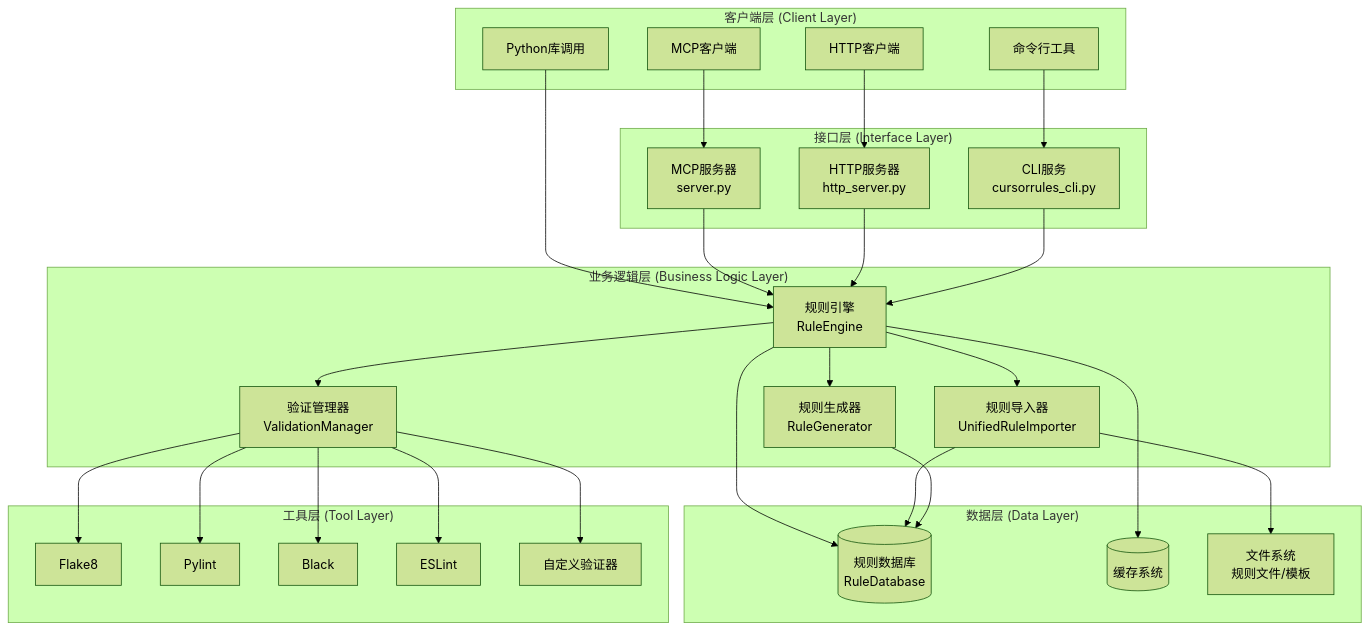
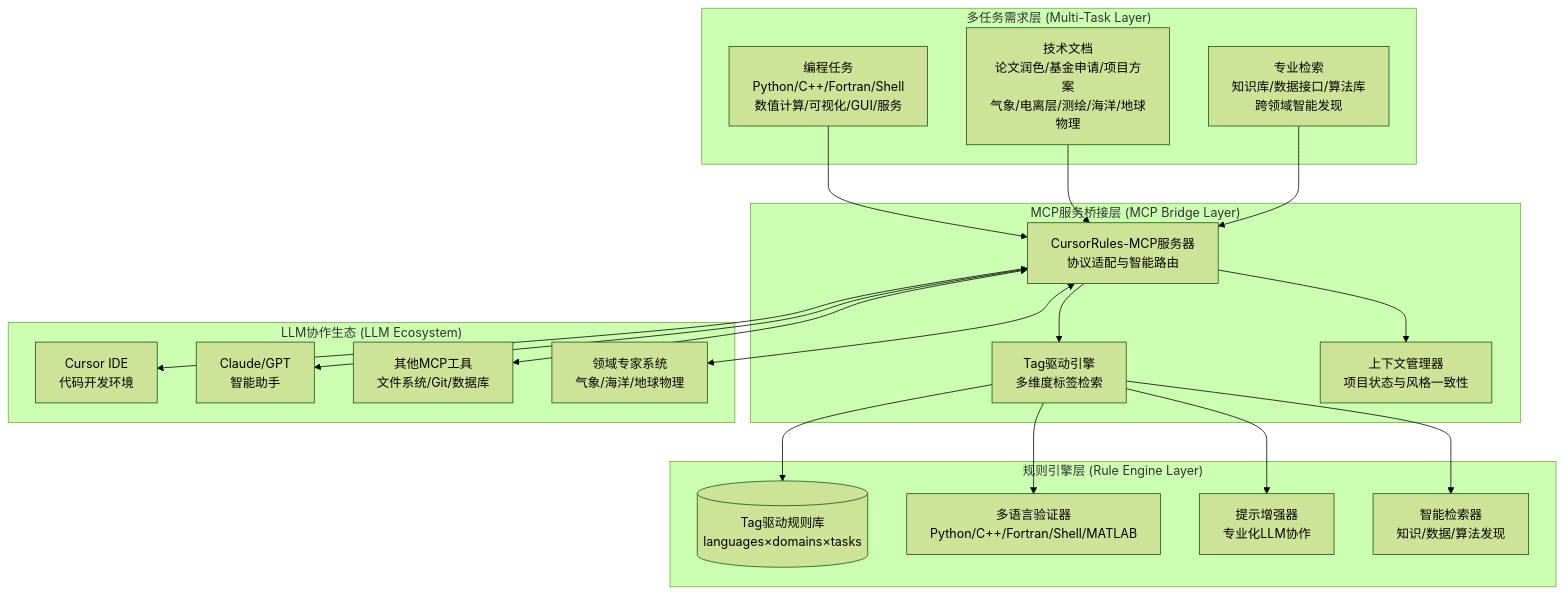
One commit to Mapoet/cursorrules-mcp changed the first of 12 diagrams in docs/techs.md. Above: the diagram before and after it, drawn with Mermaid (forest theme). The commit also changed other lines of this file and 8 other files, not shown here.

````diff
--- a/docs/techs.md
+++ b/docs/techs.md
@@ -29,61 +39,45 @@
 ```mermaid
 graph TB
-    subgraph "客户端层 (Client Layer)"
-        MCP[MCP客户端]
-        HTTP[HTTP客户端]
-        CLI[命令行工具]
-        PY[Python库调用]
+    subgraph "多任务需求层 (Multi-Task Layer)"
+        PROG[编程任务<br/>Python/C++/Fortran/Shell<br/>数值计算/可视化/GUI/服务]
+        DOC[技术文档<br/>论文润色/基金申请/项目方案<br/>气象/电离层/测绘/海洋/地球物理]
+        SEARCH[专业检索<br/>知识库/数据接口/算法库<br/>跨领域智能发现]
     end
     
-    subgraph "接口层 (Interface Layer)"
-        MCPS[MCP服务器<br/>server.py]
-        HTTPS[HTTP服务器<br/>http_server.py]
-        CLIS[CLI服务<br/>cursorrules_cli.py]
+    subgraph "MCP服务桥接层 (MCP Bridge Layer)"
+        MCP_SERVER[CursorRules-MCP服务器<br/>协议适配与智能路由]
+        TAG_ENGINE[Tag驱动引擎<br/>多维度标签检索]
+        CONTEXT_MANAGER[上下文管理器<br/>项目状态与风格一致性]
     end
     
-    subgraph "业务逻辑层 (Business Logic Layer)"
-        ENGINE[规则引擎<br/>RuleEngine]
-        VALIDATOR[验证管理器<br/>ValidationManager]
-        IMPORTER[规则导入器<br/>UnifiedRuleImporter]
-        GENERATOR[规则生成器<br/>RuleGenerator]
+    subgraph "规则引擎层 (Rule Engine Layer)"
+        RULE_DB[(Tag驱动规则库<br/>languages×domains×tasks)]
+        VALIDATOR[多语言验证器<br/>Python/C++/Fortran/Shell/MATLAB]
+        ENHANCER[提示增强器<br/>专业化LLM协作]
+        RETRIEVER[智能检索器<br/>知识/数据/算法发现]
     end
     
-    subgraph "数据层 (Data Layer)"
-        DB[(规则数据库<br/>RuleDatabase)]
-        CACHE[(缓存系统)]
-        FILES[文件系统<br/>规则文件/模板]
+    subgraph "LLM协作生态 (LLM Ecosystem)"
+        CURSOR[Cursor IDE<br/>代码开发环境]
+        CLAUDE[Claude/GPT<br/>智能助手]
+        MCP_TOOLS[其他MCP工具<br/>文件系统/Git/数据库]
+        DOMAIN_EXPERTS[领域专家系统<br/>气象/海洋/地球物理]
     end
     
-    subgraph "工具层 (Tool Layer)"
-        FLAKE8[Flake8]
-        PYLINT[Pylint]
-        BLACK[Black]
-        ESLINT[ESLint]
-        CUSTOM[自定义验证器]
-    end
+    PROG --> MCP_SERVER
+    DOC --> MCP_SERVER
+    SEARCH --> MCP_SERVER
     
-    MCP --> MCPS
-    HTTP --> HTTPS  
-    CLI --> CLIS
-    PY --> ENGINE
+    MCP_SERVER --> TAG_ENGINE
+    MCP_SERVER --> CONTEXT_MANAGER
     
-    MCPS --> ENGINE
-    HTTPS --> ENGINE
-    CLIS --> ENGINE
+    TAG_ENGINE --> RULE_DB
+    TAG_ENGINE --> VALIDATOR
+    TAG_ENGINE --> ENHANCER
+    TAG_ENGINE --> RETRIEVER
     
-    ENGINE --> DB
-    ENGINE --> CACHE
-    ENGINE --> VALIDATOR
-    ENGINE --> IMPORTER
-    ENGINE --> GENERATOR
-    
-    VALIDATOR --> FLAKE8
-    VALIDATOR --> PYLINT
-    VALIDATOR --> BLACK
-    VALIDATOR --> ESLINT
-    VALIDATOR --> CUSTOM
-    
-    IMPORTER --> DB
-    IMPORTER --> FILES
-    GENERATOR --> DB
+    MCP_SERVER <--> CURSOR
+    MCP_SERVER <--> CLAUDE
+    MCP_SERVER <--> MCP_TOOLS
+    MCP_SERVER <--> DOMAIN_EXPERTS
 ```
````
